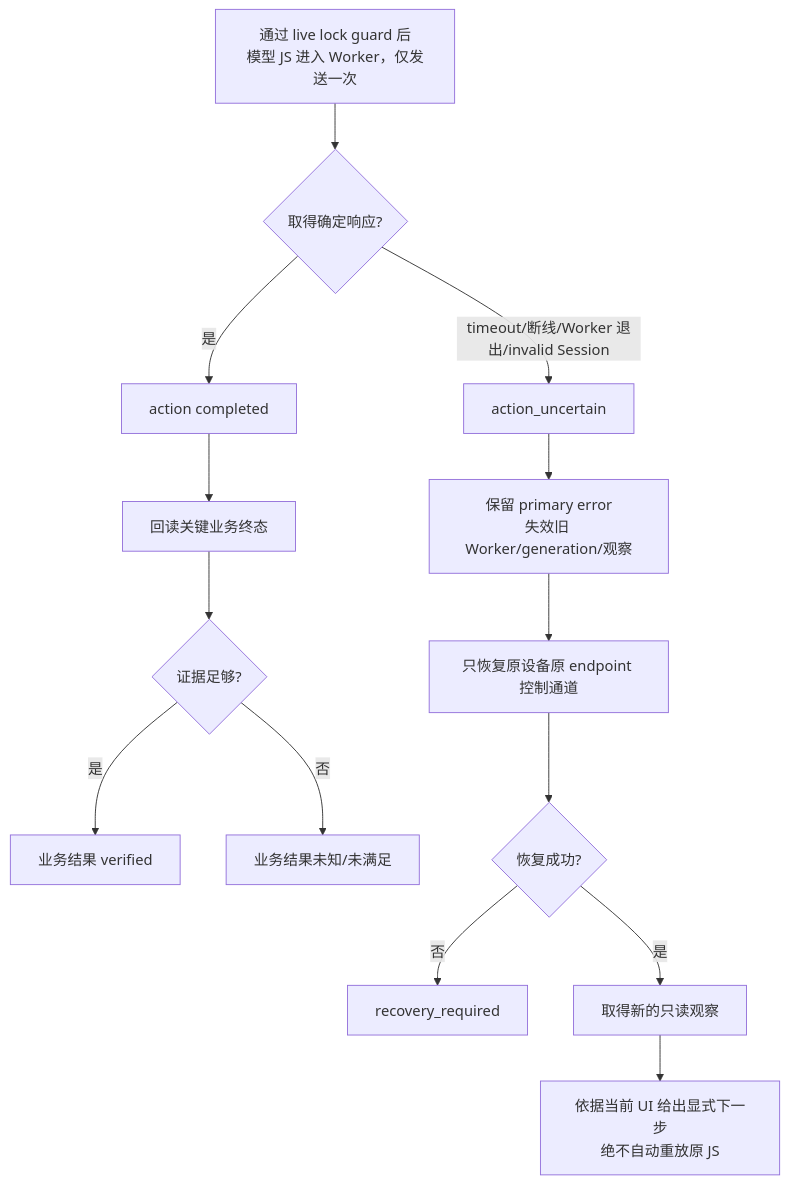
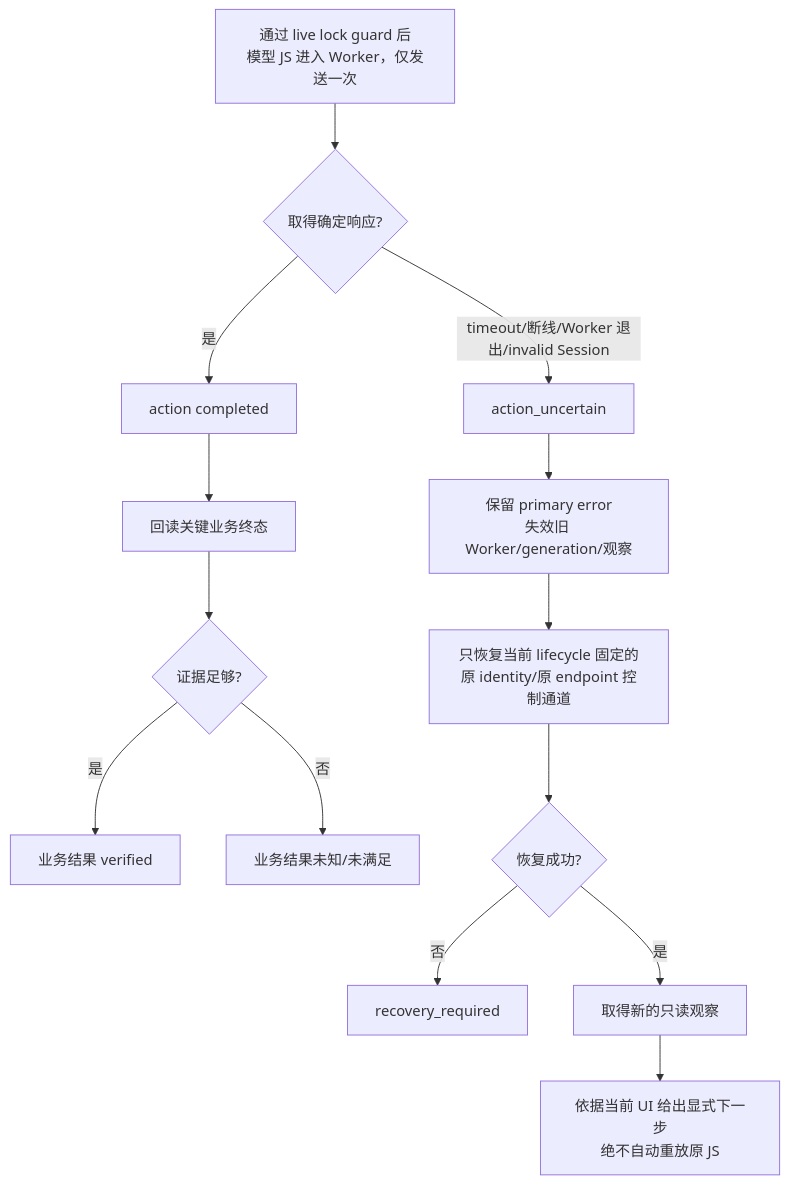
One commit to houlianpi/Maat changed the sixth of 6 diagrams in docs/maat-mvp-technical-design.md. Above: the diagram before and after it, drawn with Mermaid. The commit also changed other lines of this file and 5 other files, not shown here.

````diff
--- a/docs/maat-mvp-technical-design.md
+++ b/docs/maat-mvp-technical-design.md
@@ -429,16 +483,16 @@
 ```mermaid
 flowchart TD
     A[通过 live lock guard 后<br/>模型 JS 进入 Worker，仅发送一次] --> B{取得确定响应?}
     B -- 是 --> C[action completed]
     C --> D[回读关键业务终态]
     D --> E{证据足够?}
     E -- 是 --> F[业务结果 verified]
     E -- 否 --> G[业务结果未知/未满足]
     B -- timeout/断线/Worker 退出/invalid Session --> U[action_uncertain]
     U --> V[保留 primary error<br/>失效旧 Worker/generation/观察]
-    V --> W[只恢复原设备原 endpoint 控制通道]
+    V --> W[只恢复当前 lifecycle 固定的<br/>原 identity/原 endpoint 控制通道]
     W --> X{恢复成功?}
     X -- 否 --> Y[recovery_required]
     X -- 是 --> Z[取得新的只读观察]
     Z --> K[依据当前 UI 给出显式下一步<br/>绝不自动重放原 JS]
 ```
````
